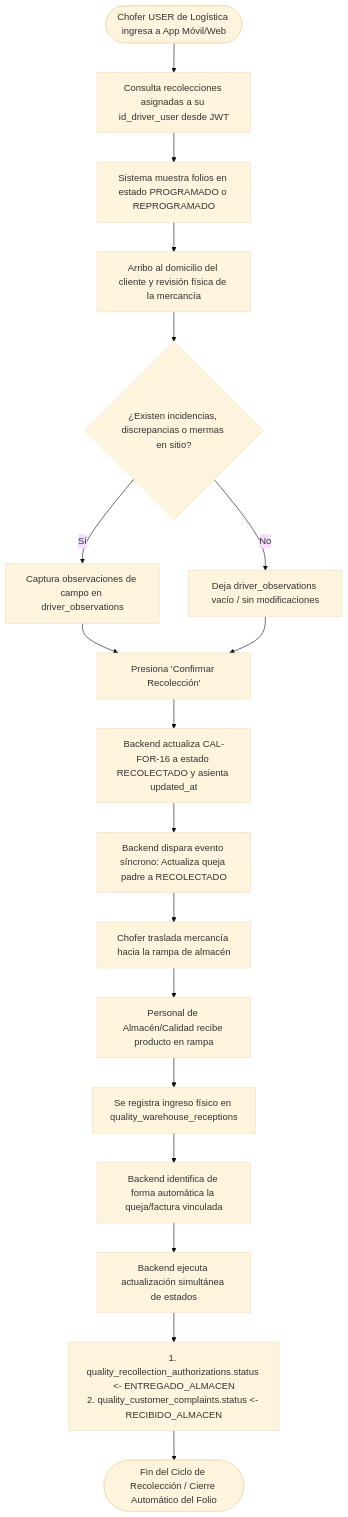
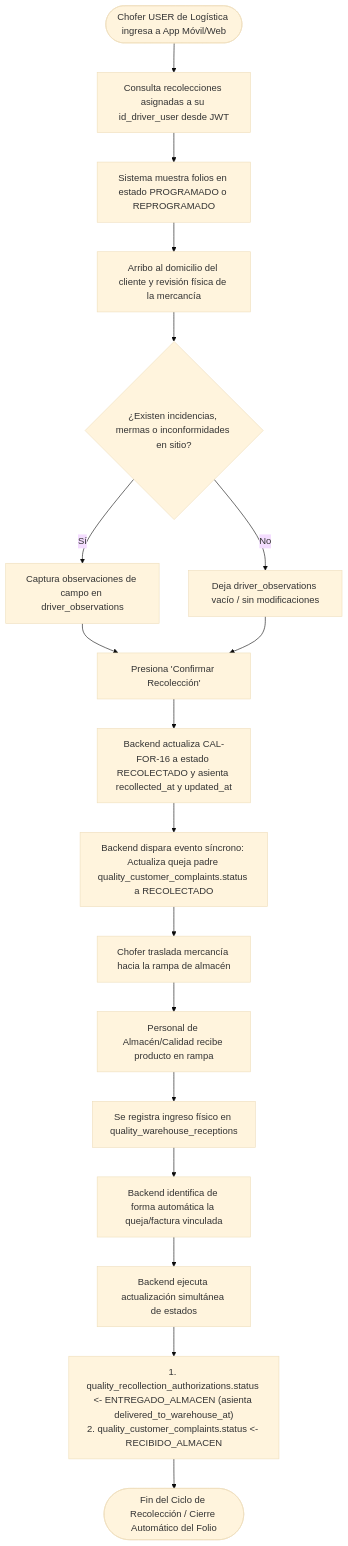
One commit to Automatizacion-KPC/KoonolApp changed the fourth of 4 diagrams in docs/modules/product_recollection.md. Above: the diagram before and after it, drawn with Mermaid (base theme). The commit also changed other lines of this file, not shown here.

Commit message:
docs(qlr/docs): actualizar diagramas de flujo respecto a todos los cambios realizados en BR y US [chore]

````diff
--- a/docs/modules/product_recollection.md
+++ b/docs/modules/product_recollection.md
@@ -262,24 +264,24 @@
 ```mermaid
 graph TD
     A([Chofer USER de Logística ingresa a App Móvil/Web]) --> B[Consulta recolecciones asignadas a su id_driver_user desde JWT]
     B --> C[Sistema muestra folios en estado PROGRAMADO o REPROGRAMADO]
     C --> D[Arribo al domicilio del cliente y revisión física de la mercancía]
-    D --> E{¿Existen incidencias, discrepancias o mermas en sitio?}
+    D --> E{¿Existen incidencias, mermas o inconformidades en sitio?}
 
     E -- Sí --> F[Captura observaciones de campo en driver_observations]
     E -- No --> G[Deja driver_observations vacío / sin modificaciones]
 
     F --> H[Presiona 'Confirmar Recolección']
     G --> H
 
-    H --> I[Backend actualiza CAL-FOR-16 a estado RECOLECTADO y asienta updated_at]
-    I --> J[Backend dispara evento síncrono: Actualiza queja padre a RECOLECTADO]
+    H --> I[Backend actualiza CAL-FOR-16 a estado RECOLECTADO y asienta recollected_at y updated_at]
+    I --> J[Backend dispara evento síncrono: Actualiza queja padre quality_customer_complaints.status a RECOLECTADO]
     J --> K[Chofer traslada mercancía hacia la rampa de almacén]
 
     K --> L[Personal de Almacén/Calidad recibe producto en rampa]
     L --> M[Se registra ingreso físico en quality_warehouse_receptions]
     M --> N[Backend identifica de forma automática la queja/factura vinculada]
     N --> O[Backend ejecuta actualización simultánea de estados]
-    O --> P["1. quality_recollection_authorizations.status <- ENTREGADO_ALMACEN<br/>2. quality_customer_complaints.status <- RECIBIDO_ALMACEN"]
+    O --> P["1. quality_recollection_authorizations.status <- ENTREGADO_ALMACEN (asienta delivered_to_warehouse_at)<br/>2. quality_customer_complaints.status <- RECIBIDO_ALMACEN"]
     P --> Q([Fin del Ciclo de Recolección / Cierre Automático del Folio])
 ```
````
